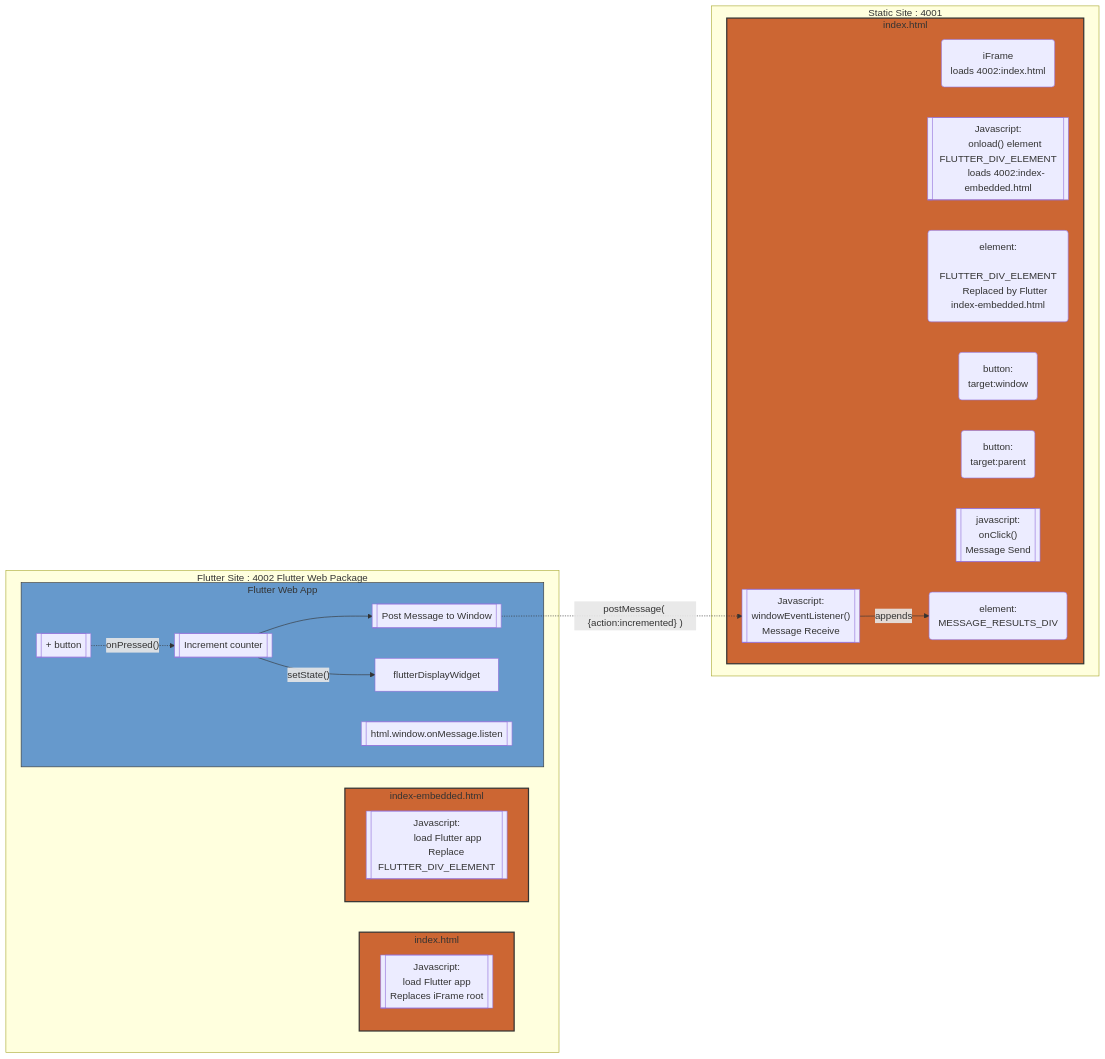
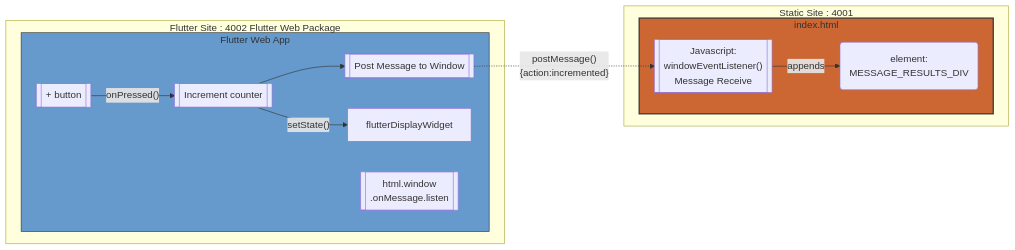
One commit to freemansoft/flutter-embedded changed the third of 4 diagrams in README.md. Above: the diagram before and after it, drawn with Mermaid. The commit also changed other lines of this file, not shown here.

````diff
--- a/README.md
+++ b/README.md
@@ -147,65 +132,39 @@
 ```mermaid
 graph LR;
   subgraph 4001[Static Site : 4001]
     subgraph staticIndex[index.html]
-      iFrame("iFrame
-      loads 4002:index.html")
-
-      javascriptElementLoad[["Javascript:
-      onload() element FLUTTER_DIV_ELEMENT
-      loads 4002:index-embedded.html"]]
-
-      htmlElementDiv("element:
-      FLUTTER_DIV_ELEMENT
-      Replaced by Flutter index-embedded.html")
-
-      javascriptButton1("button:
-      target:window")
-      javascriptButton2("button:
-      target:parent")
-      javascriptMessagePost[["javascript:
-      onClick()
-      Message Send"]]
 
       javascriptWindowEventListener[["Javascript:
       windowEventListener()
       Message Receive"]]
       htmlElementMessage("element:
       MESSAGE_RESULTS_DIV")
     end
   end
 
   subgraph 4002[Flutter Site : 4002 Flutter Web Package]
-      subgraph flutterIndex[index.html]
-        flutterIndexLoad[["Javascript:
-        load Flutter app
-        Replaces iFrame root"]]
-      end
-      subgraph flutterIndexEmbedded[index-embedded.html]
-        flutterIndexLoadEmbedded[["Javascript:
-        load Flutter app
-        Replace FLUTTER_DIV_ELEMENT"]]
-      end
       subgraph flutter[Flutter Web App]
         flutterButtonPlus[["+ button"]]
         flutterPostMessage[["Post Message to Window"]]
         flutterCounter[[Increment counter]]
         flutterDisplayWidget
-        flutterOnMessage[["html.window.onMessage.listen"]]
+        flutterOnMessage[["html.window
+        .onMessage.listen"]]
       end
   end
 
-  flutterButtonPlus-.onPressed().->flutterCounter
+  flutterButtonPlus-- onPressed() -->flutterCounter
   flutterCounter-->flutterPostMessage
   flutterCounter--setState()-->flutterDisplayWidget
 
-  flutterPostMessage-.postMessage( {action:incremented} ).->javascriptWindowEventListener
+  flutterPostMessage-.postMessage()
+    {action:incremented}.->javascriptWindowEventListener
   javascriptWindowEventListener--appends-->htmlElementMessage
 
 
   classDef orange fill:#c63,stroke:#333,stroke-width:2px;
   classDef blue fill:#69c,stroke:#333,strong-width:2px;
   class staticIndex,flutterIndex,flutterIndexEmbedded orange
   class flutter blue
 
 ```
````
